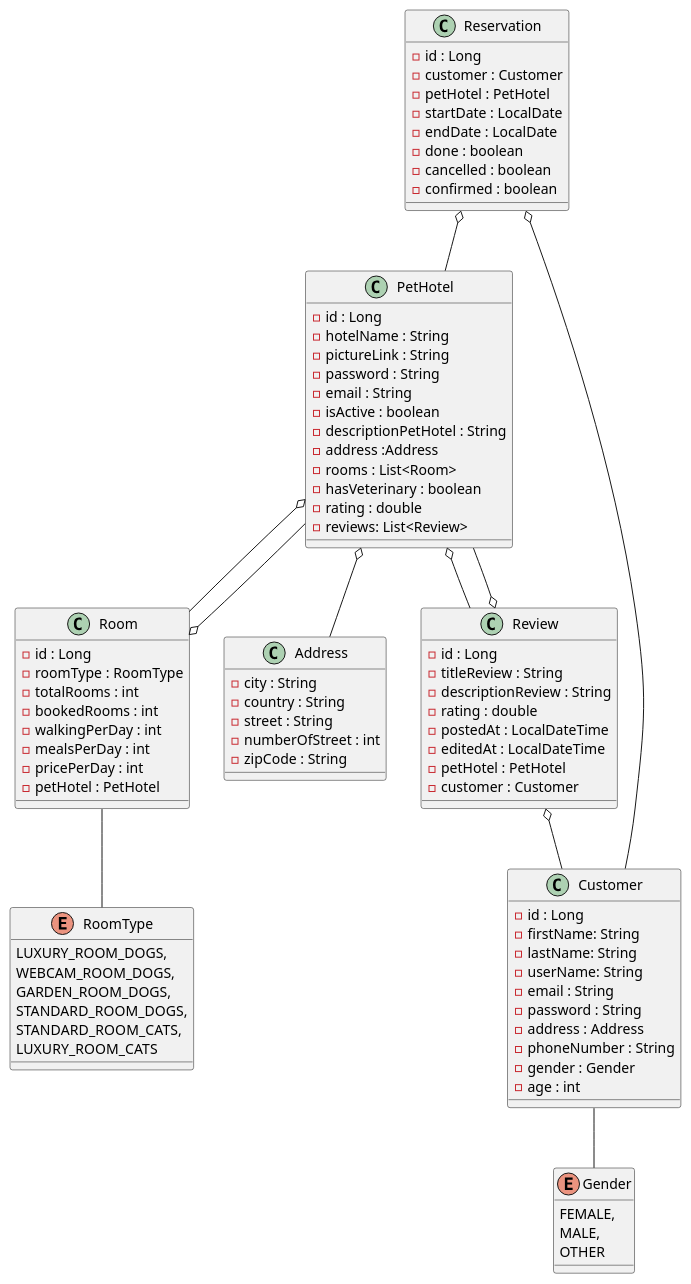
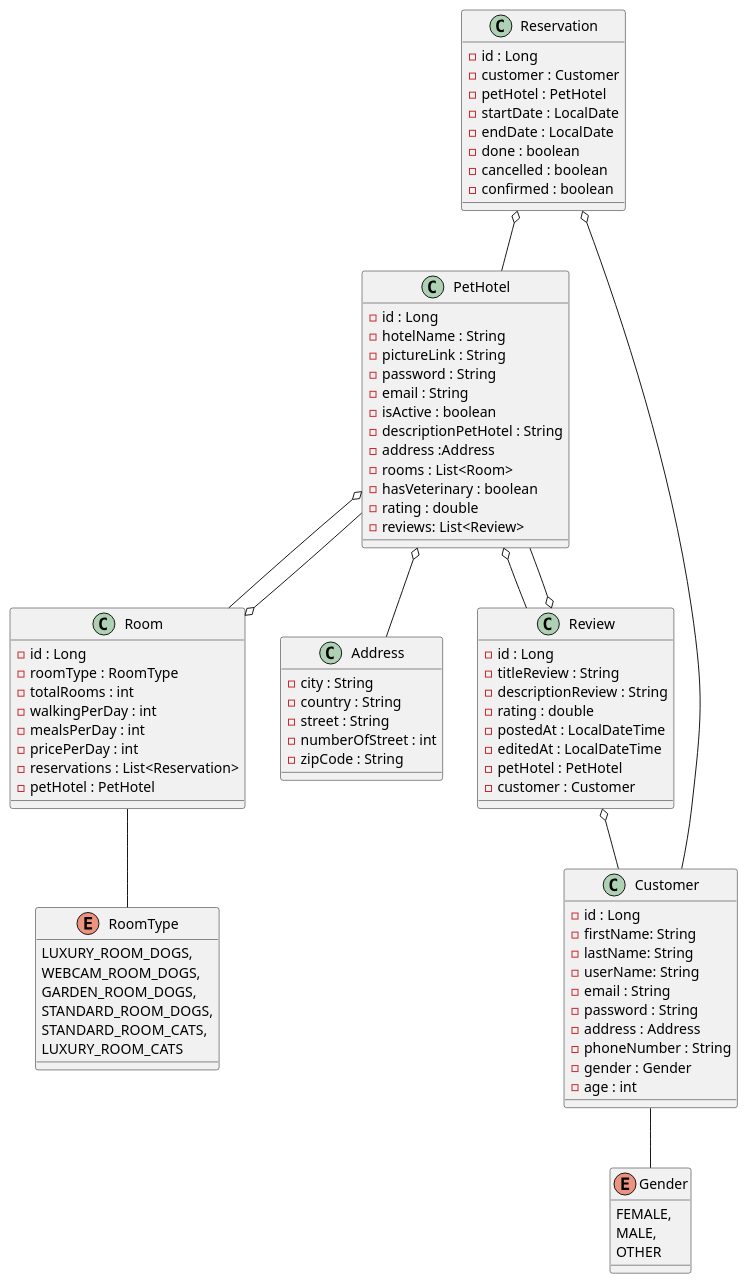
Before and after one commit to FloareDeMai/pet-hotel-backend: the diagram in pet-hotel.puml, drawn with PlantUML. The commit also changed 24 other files, not shown here.

```diff
--- a/pet-hotel.puml
+++ b/pet-hotel.puml
@@ -1,102 +1,104 @@
 @startuml
 'https://plantuml.com/sequence-diagram
 
 class PetHotel {
 -id : Long
 -hotelName : String
 -pictureLink : String
 -password : String
 -email : String
 -isActive : boolean
 -descriptionPetHotel : String
 -address :Address
 -rooms : List<Room>
 -hasVeterinary : boolean
 -rating : double
 -reviews: List<Review>
 }
 
 
 class Customer {
 -id : Long
 -firstName: String
 -lastName: String
 -userName: String
 -email : String
 -password : String
 -address : Address
 -phoneNumber : String
 -gender : Gender
 -age : int
 
 }
 
+
+
 class Review {
 -id : Long
 -titleReview : String
 -descriptionReview : String
 -rating : double
 -postedAt : LocalDateTime
 -editedAt : LocalDateTime
 -petHotel : PetHotel
 -customer : Customer
 }
 
 class Room {
 -id : Long
 -roomType : RoomType
 -totalRooms : int
--bookedRooms : int
 -walkingPerDay : int
 -mealsPerDay : int
 -pricePerDay : int
+-reservations : List<Reservation>
 -petHotel : PetHotel
 }
 
 class Reservation {
 -id : Long
 -customer : Customer
 -petHotel : PetHotel
 -startDate : LocalDate
 -endDate : LocalDate
 -done : boolean
 -cancelled : boolean
 -confirmed : boolean
 }
 
 enum RoomType {
  LUXURY_ROOM_DOGS,
  WEBCAM_ROOM_DOGS,
  GARDEN_ROOM_DOGS,
  STANDARD_ROOM_DOGS,
  STANDARD_ROOM_CATS,
  LUXURY_ROOM_CATS
 }
 
 enum Gender {
 FEMALE,
 MALE,
 OTHER
 }
 
 
 class Address {
 -city : String
 -country : String
 -street : String
 -numberOfStreet : int
 -zipCode : String
 }
 
 PetHotel o-- Address
 PetHotel o-- Room
 PetHotel o-- Review
 Room -- RoomType
 Room o-- PetHotel
 Review o-- PetHotel
 Review o-- Customer
 Customer -- Gender
 Reservation o-- Customer
 Reservation o-- PetHotel
 
 @enduml
```
